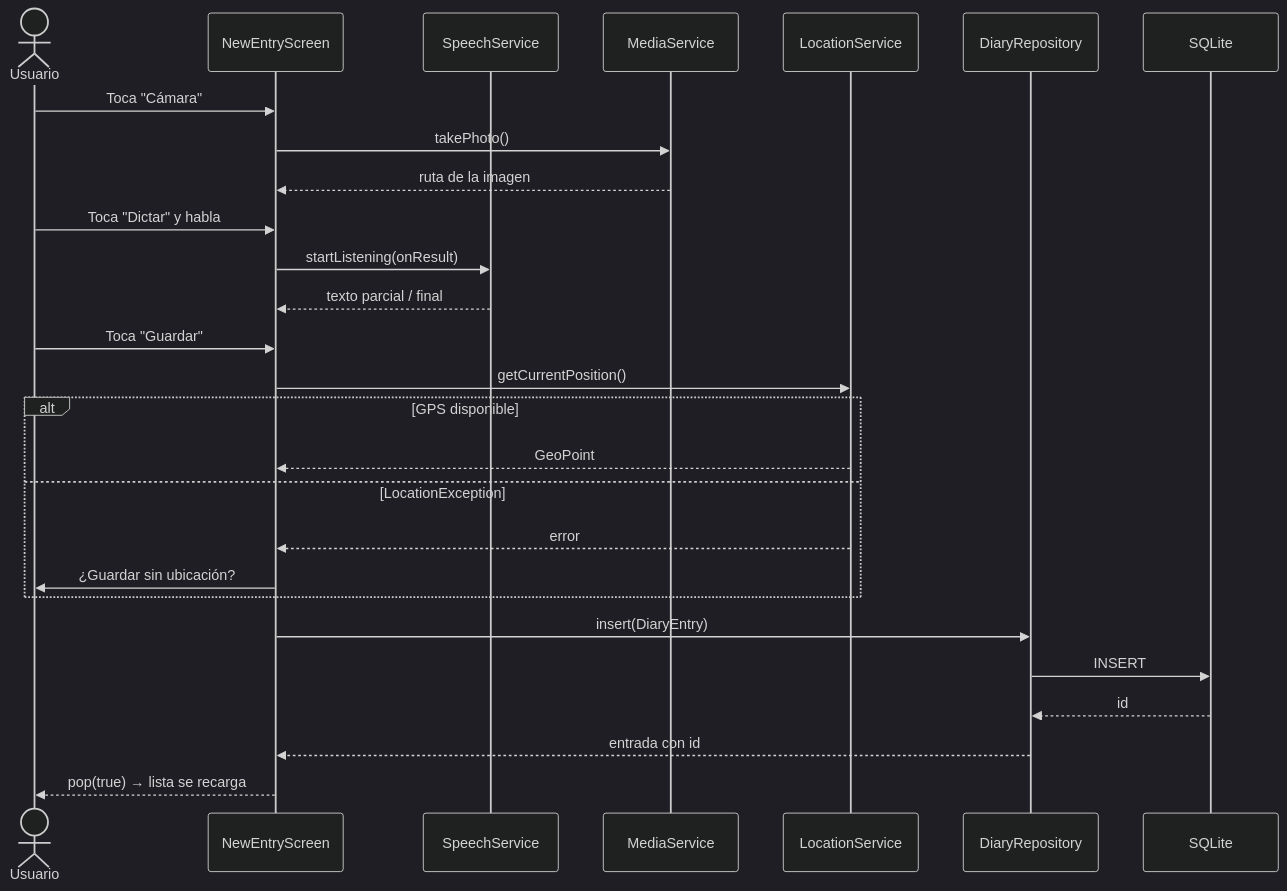
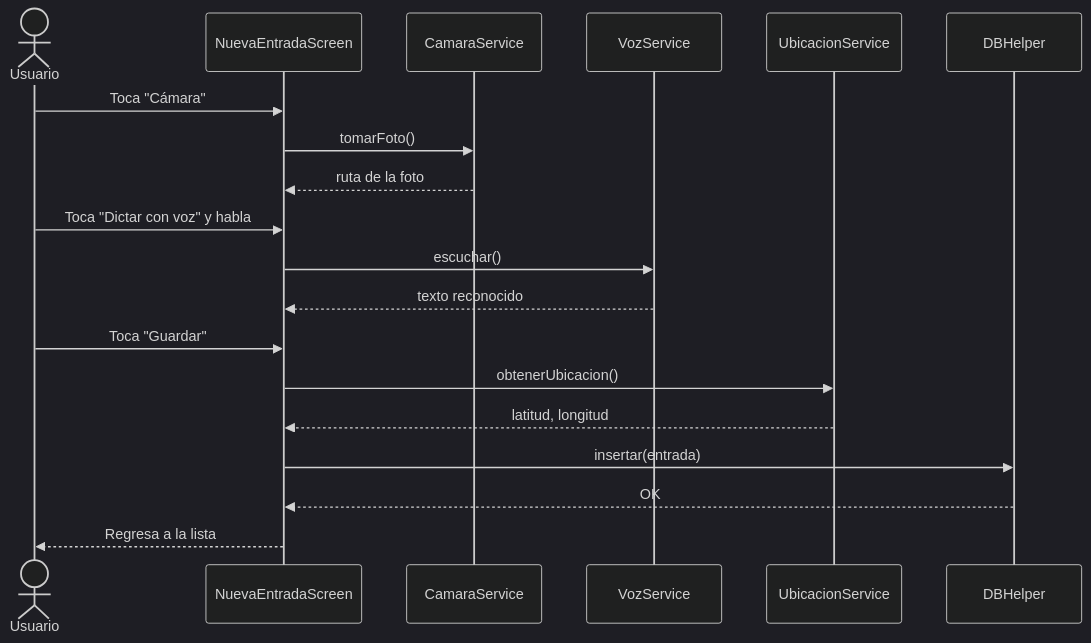
Before and after one commit to Marcosjv1/Parcial-2: the diagram in docs/diagramas/secuencia.mmd, drawn with Mermaid (dark theme). The commit also changed 44 other files, not shown here.

```diff
--- a/docs/diagramas/secuencia.mmd
+++ b/docs/diagramas/secuencia.mmd
@@ -1,27 +1,19 @@
 sequenceDiagram
   actor U as Usuario
-  participant NE as NewEntryScreen
-  participant SS as SpeechService
-  participant MS as MediaService
-  participant LS as LocationService
-  participant R as DiaryRepository
-  participant DB as SQLite
-  U->>NE: Toca "Cámara"
-  NE->>MS: takePhoto()
-  MS-->>NE: ruta de la imagen
-  U->>NE: Toca "Dictar" y habla
-  NE->>SS: startListening(onResult)
-  SS-->>NE: texto parcial / final
-  U->>NE: Toca "Guardar"
-  NE->>LS: getCurrentPosition()
-  alt GPS disponible
-    LS-->>NE: GeoPoint
-  else LocationException
-    LS-->>NE: error
-    NE->>U: ¿Guardar sin ubicación?
-  end
-  NE->>R: insert(DiaryEntry)
-  R->>DB: INSERT
-  DB-->>R: id
-  R-->>NE: entrada con id
-  NE-->>U: pop(true) → lista se recarga
+  participant N as NuevaEntradaScreen
+  participant C as CamaraService
+  participant V as VozService
+  participant G as UbicacionService
+  participant D as DBHelper
+  U->>N: Toca "Cámara"
+  N->>C: tomarFoto()
+  C-->>N: ruta de la foto
+  U->>N: Toca "Dictar con voz" y habla
+  N->>V: escuchar()
+  V-->>N: texto reconocido
+  U->>N: Toca "Guardar"
+  N->>G: obtenerUbicacion()
+  G-->>N: latitud, longitud
+  N->>D: insertar(entrada)
+  D-->>N: OK
+  N-->>U: Regresa a la lista
```
